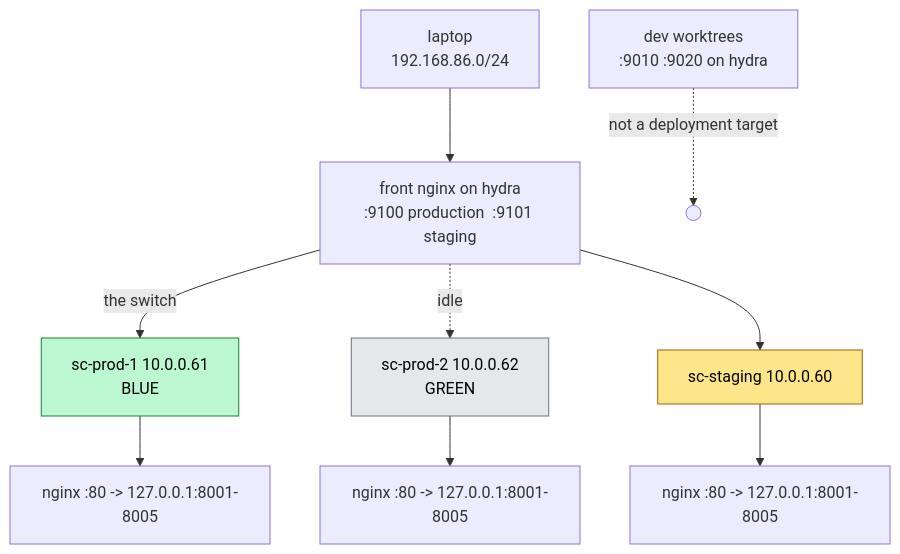
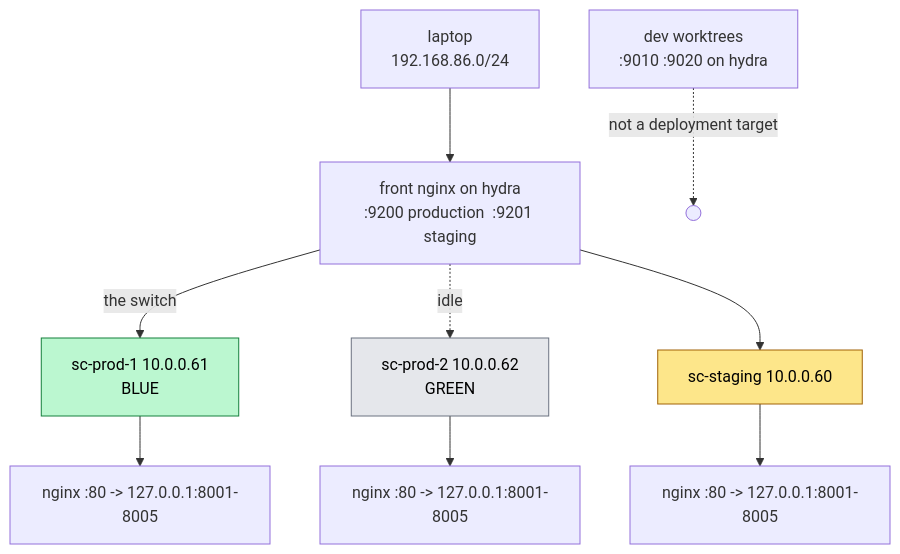
Before and after one commit to aygp-dr/standard-change: the first of 2 diagrams in targets/bastille/SETUP.org, drawn with Mermaid. The commit also changed other lines of this file and 7 other files, not shown here.

```diff
--- a/targets/bastille/SETUP.org
+++ b/targets/bastille/SETUP.org
@@ -7,15 +7,15 @@
 #+begin_src mermaid :eval never-export
 flowchart TB
-    LAP["laptop<br/>192.168.86.0/24"] --> F["front nginx on hydra<br/>:9100 production  :9101 staging"]
+    LAP["laptop<br/>192.168.86.0/24"] --> F["front nginx on hydra<br/>:9200 production  :9201 staging"]
     F -->|"the switch"| B["sc-prod-1  10.0.0.61<br/>BLUE"]
     F -.->|"idle"| G["sc-prod-2  10.0.0.62<br/>GREEN"]
     F --> S["sc-staging  10.0.0.60"]
     B --> BA["nginx :80 -> 127.0.0.1:8001-8005"]
     G --> GA["nginx :80 -> 127.0.0.1:8001-8005"]
     S --> SA["nginx :80 -> 127.0.0.1:8001-8005"]
     DEV["dev worktrees<br/>:9010 :9020 on hydra"] -.->|"not a deployment target"| X(( ))
 
     style B fill:#bbf7d0,stroke:#15803d,color:#000
     style G fill:#e5e7eb,stroke:#6b7280,color:#000
     style S fill:#fde68a,stroke:#a16207,color:#000
 #+end_src
```
